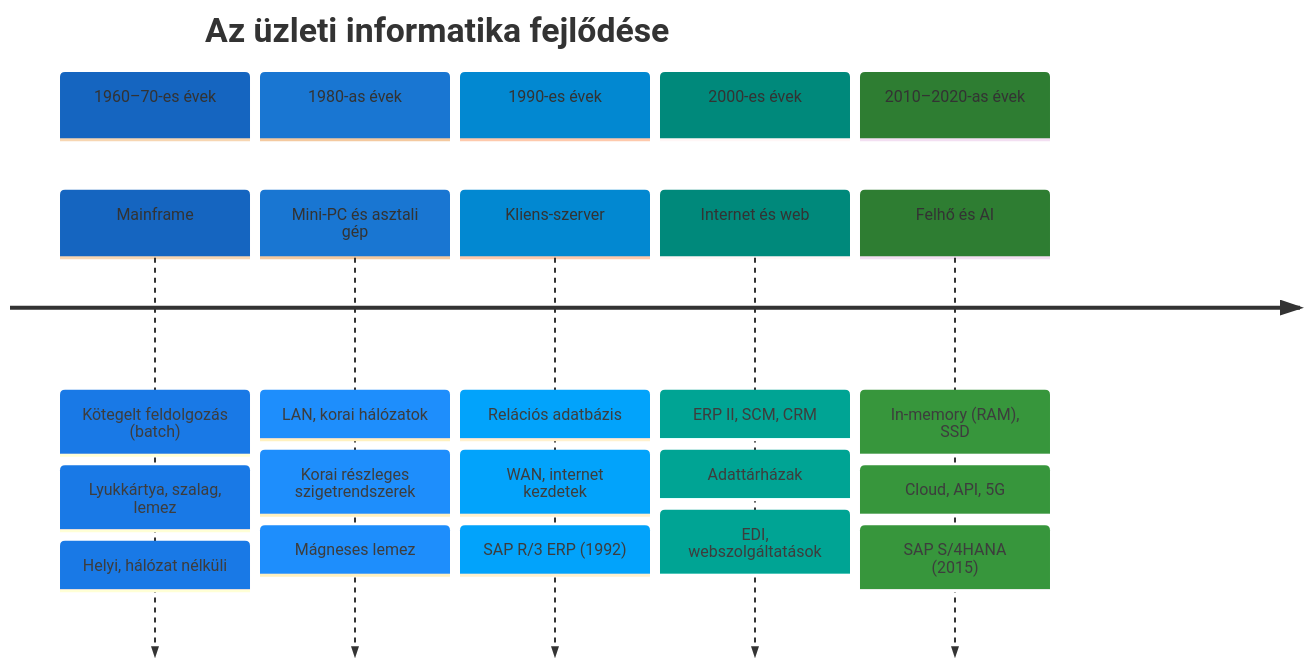
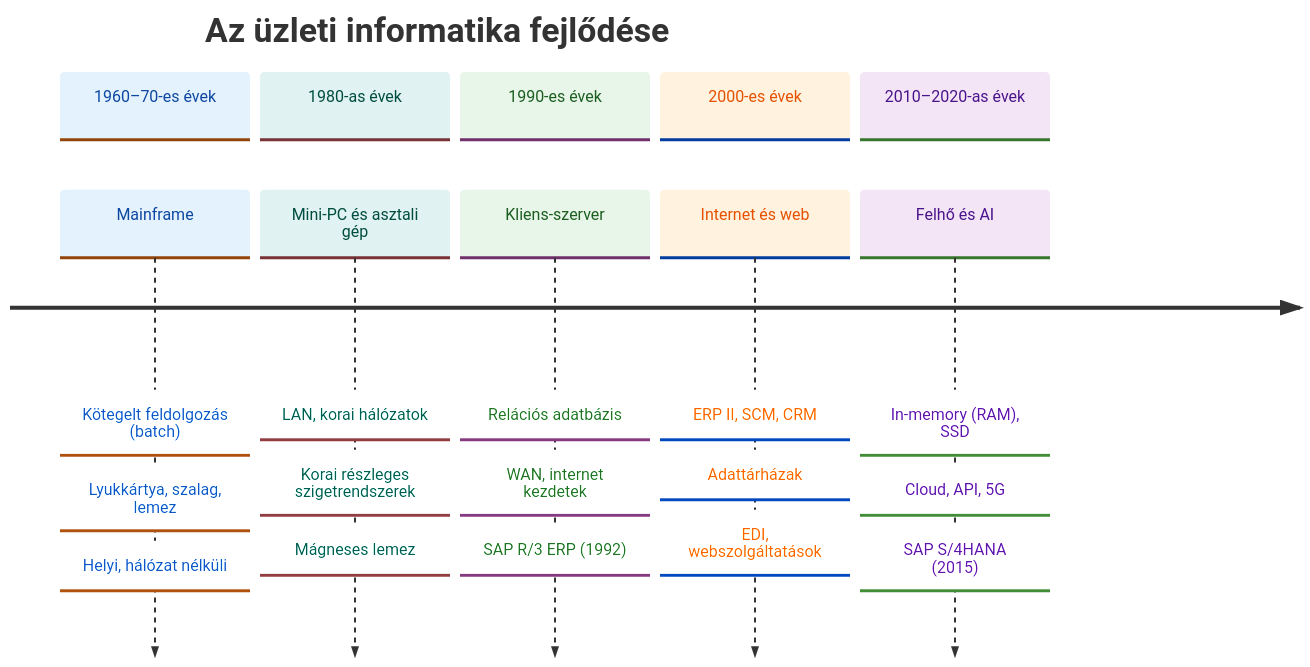
Before and after one commit to denespocsik/MM_BSC_Zarovizsga: the first of 2 diagrams in Tételek/V12-GMXIV2MBLF-ERP fogalma és fejlődéstörténete.tétel.md, drawn with Mermaid. The commit also changed other lines of this file and 34 other files, not shown here.

First line of the commit message:
style(tételek): egységes vizuális arculat a Mermaid-diagramokhoz

````diff
--- a/Tételek/V12-GMXIV2MBLF-ERP fogalma és fejlődéstörténete.tétel.md
+++ b/Tételek/V12-GMXIV2MBLF-ERP fogalma és fejlődéstörténete.tétel.md
@@ -21,25 +21,25 @@
 ```mermaid
-%%{init: {'theme': 'base', 'themeVariables': {'cScale0': '#1565C0', 'cScale1': '#1976D2', 'cScale2': '#0288D1', 'cScale3': '#00897B', 'cScale4': '#2E7D32'}}}%%
+%%{init: {'theme':'base','themeVariables':{'cScale0':'#e3f2fd','cScaleLabel0':'#0d47a1','cScale1':'#e0f2f1','cScaleLabel1':'#004d40','cScale2':'#e8f5e9','cScaleLabel2':'#1b5e20','cScale3':'#fff3e0','cScaleLabel3':'#e65100','cScale4':'#f3e5f5','cScaleLabel4':'#4a148c','titleColor':'#263238','lineColor':'#546e7a'}}}%%
 timeline
     title Az üzleti informatika fejlődése
     section 1960–70-es évek
         Mainframe : Kötegelt feldolgozás (batch)
                   : Lyukkártya, szalag, lemez
                   : Helyi, hálózat nélküli
     section 1980-as évek
         Mini-PC és asztali gép : LAN, korai hálózatok
                                : Korai részleges szigetrendszerek
                                : Mágneses lemez
     section 1990-es évek
         Kliens-szerver : Relációs adatbázis
                       : WAN, internet kezdetek
                       : SAP R/3 ERP (1992)
     section 2000-es évek
         Internet és web : ERP II, SCM, CRM
                         : Adattárházak
                         : EDI, webszolgáltatások
     section 2010–2020-as évek
         Felhő és AI : In-memory (RAM), SSD
                     : Cloud, API, 5G
                     : SAP S/4HANA (2015)
 ```
````
